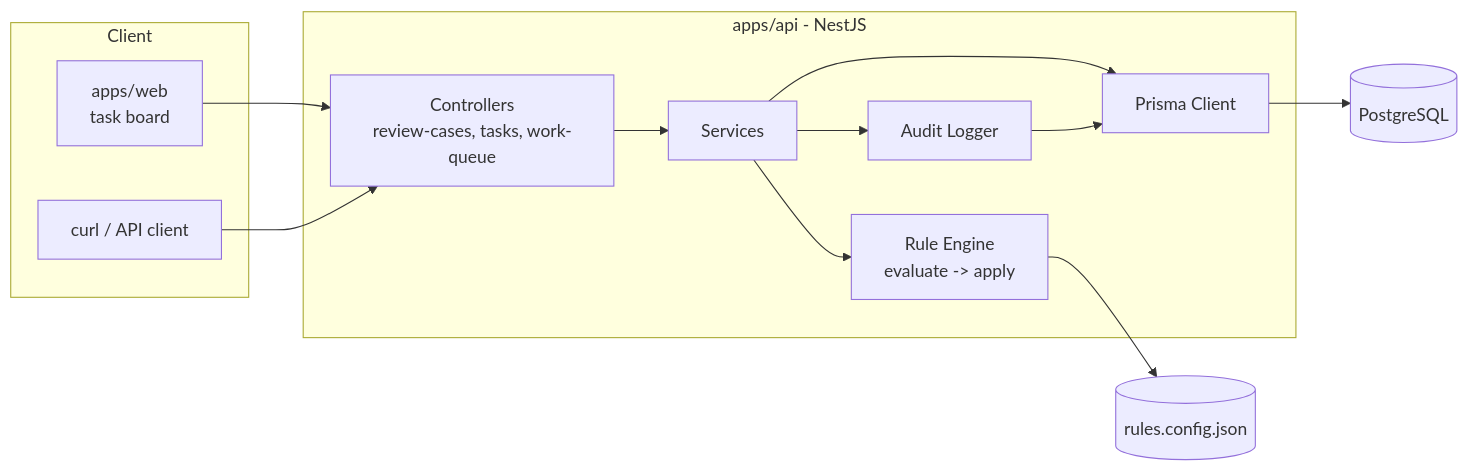
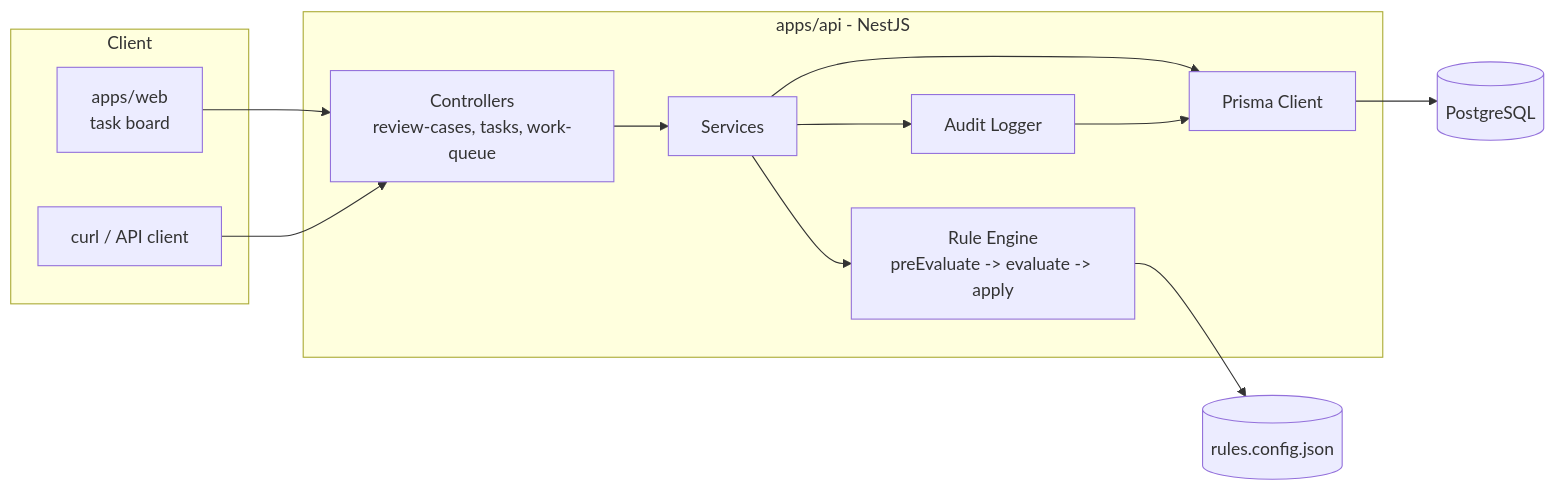
One commit to quanledinhvn/trade_review changed the first of 9 diagrams in xdocs/SYSTEM_DESIGN.md. Above: the diagram before and after it, drawn with Mermaid. The commit also changed other lines of this file and 36 other files, not shown here.

Commit message:
refactor rule engine

````diff
--- a/xdocs/SYSTEM_DESIGN.md
+++ b/xdocs/SYSTEM_DESIGN.md
@@ -8,28 +8,28 @@
 ```mermaid
 flowchart LR
     subgraph Client
         UI[apps/web<br/>task board]
         API_CLIENT[curl / API client]
     end
 
     subgraph apps/api [apps/api - NestJS]
         Controller[Controllers<br/>review-cases, tasks, work-queue]
         Service[Services]
-        RuleEngine[Rule Engine<br/>evaluate -> apply]
+        RuleEngine[Rule Engine<br/>preEvaluate -> evaluate -> apply]
         Audit[Audit Logger]
         Prisma[Prisma Client]
     end
 
     Config[(rules.config.json)]
     DB[(PostgreSQL)]
 
     UI --> Controller
     API_CLIENT --> Controller
     Controller --> Service
     Service --> RuleEngine
     Service --> Audit
     RuleEngine --> Config
     Service --> Prisma
     Audit --> Prisma
     Prisma --> DB
 ```
````
